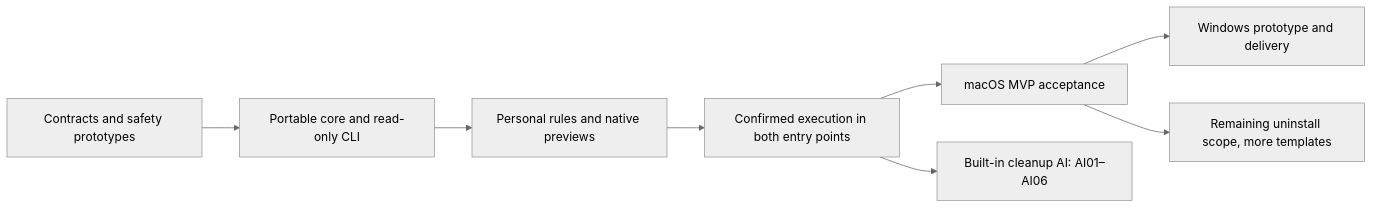
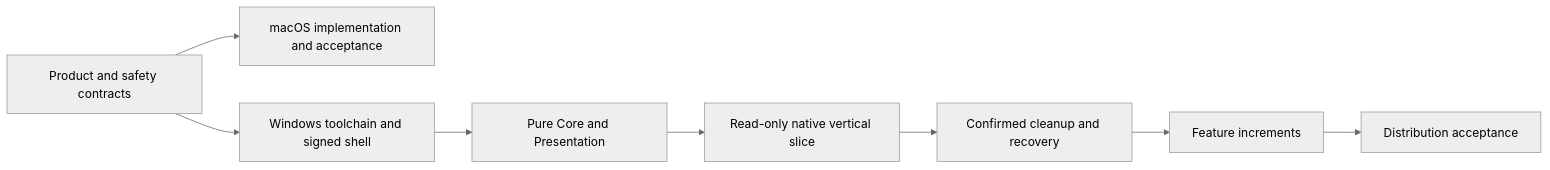
Before and after one commit to limecloud/shou: the diagram in docs/engineering/implementation-plan.md, drawn with Mermaid (neutral theme). The commit also changed other lines of this file and 312 other files, not shown here.

````diff
--- a/docs/engineering/implementation-plan.md
+++ b/docs/engineering/implementation-plan.md
@@ -30,10 +22,10 @@
 ```mermaid
 flowchart LR
-    M0[Contracts and safety prototypes] --> M1[Portable core and read-only CLI]
-    M1 --> M2[Personal rules and native previews]
-    M2 --> M3[Confirmed execution in both entry points]
-    M3 --> M4[macOS MVP acceptance]
-    M4 --> M5[Windows prototype and delivery]
-    M3 --> M6[Built-in cleanup AI: AI01–AI06]
-    M4 --> Later[Remaining uninstall scope, more templates]
+    Contracts[Product and safety contracts] --> Mac[macOS implementation and acceptance]
+    Contracts --> WN01[Windows toolchain and signed shell]
+    WN01 --> WN02[Pure Core and Presentation]
+    WN02 --> WN03[Read-only native vertical slice]
+    WN03 --> WN04[Confirmed cleanup and recovery]
+    WN04 --> WN05[Feature increments]
+    WN05 --> WN06[Distribution acceptance]
 ```
````
